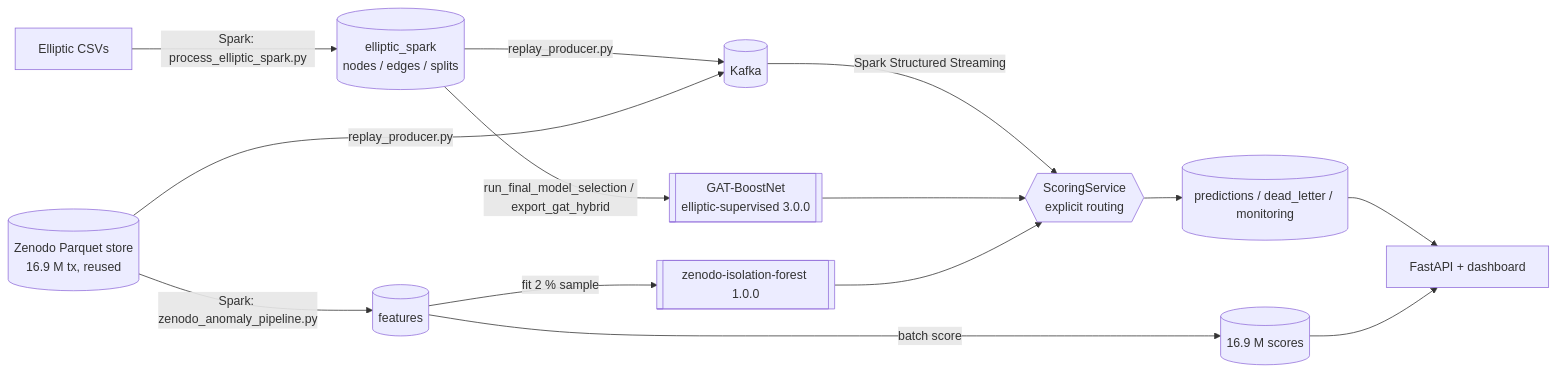
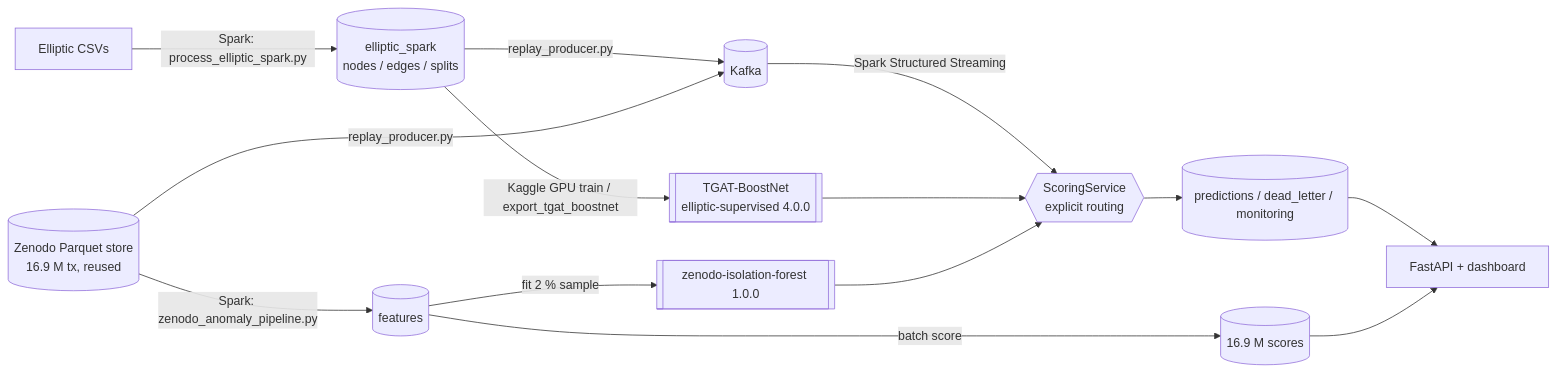
The diagram in README.md (Rayaanarora/blockchain-streaming-anomaly-detection), drawn with Mermaid before and after one commit. The commit also changed other lines of this file and 26 other files, not shown here.

First line of the commit message:
Serve tuned TGAT-BoostNet as Elliptic bundle 4.0.0; redesign dashboard

````diff
--- a/README.md
+++ b/README.md
@@ -27,16 +27,16 @@
 ```mermaid
 flowchart LR
   EC[Elliptic CSVs] -->|Spark: process_elliptic_spark.py| ES[(elliptic_spark<br/>nodes / edges / splits)]
   ZP[(Zenodo Parquet store<br/>16.9 M tx, reused)] -->|Spark: zenodo_anomaly_pipeline.py| ZF[(features)]
-  ES -->|run_final_model_selection / export_gat_hybrid| EM[[GAT-BoostNet<br/>elliptic-supervised 3.0.0]]
+  ES -->|Kaggle GPU train / export_tgat_boostnet| EM[[TGAT-BoostNet<br/>elliptic-supervised 4.0.0]]
   ZF -->|fit 2 % sample| ZM[[zenodo-isolation-forest 1.0.0]]
   ZF -->|batch score| ZS[(16.9 M scores)]
   ES -->|replay_producer.py| K[(Kafka)]
   ZP -->|replay_producer.py| K
   K -->|Spark Structured Streaming| SC{{ScoringService<br/>explicit routing}}
   EM --> SC
   ZM --> SC
   SC --> P[(predictions / dead_letter / monitoring)]
   P --> D[FastAPI + dashboard]
   ZS --> D
 ```
````
